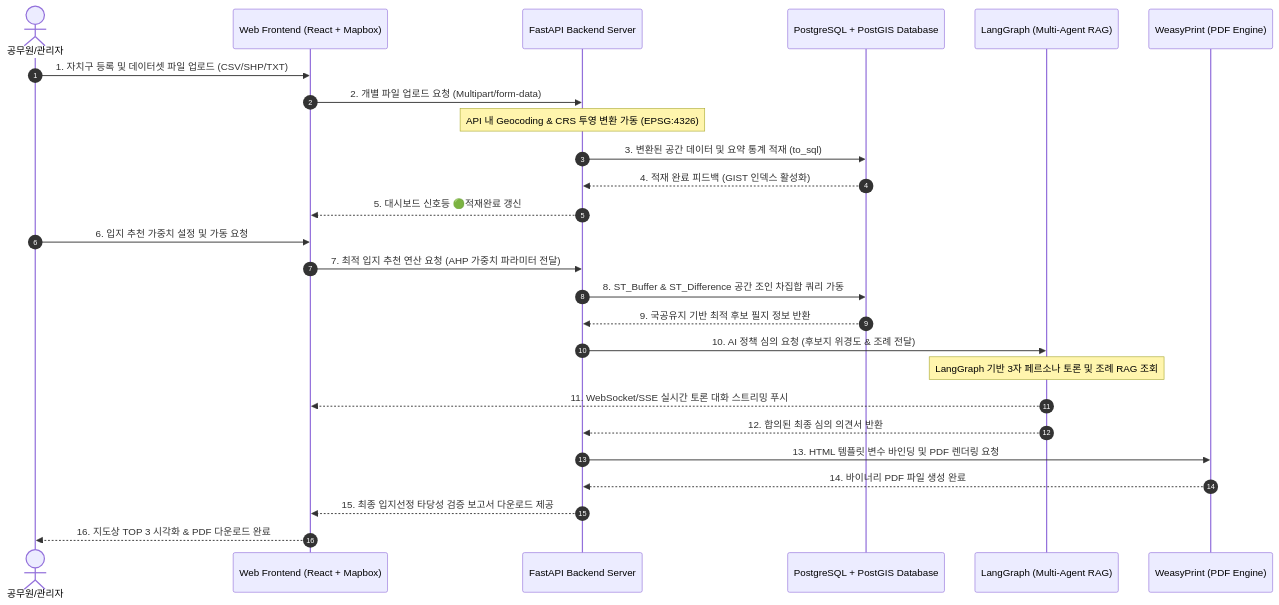
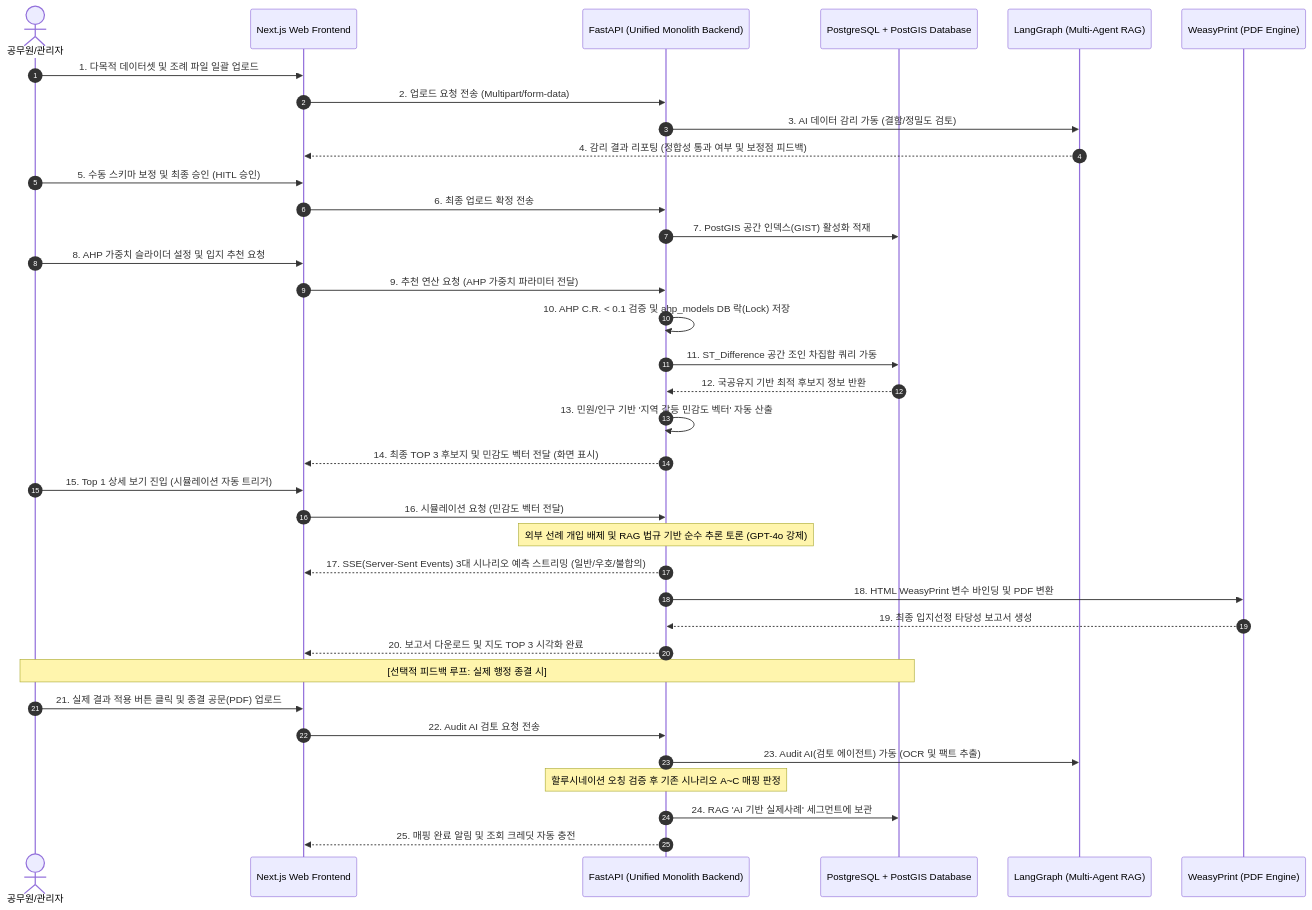
One commit to KT-AivleSchool/BigProject_Planning changed the diagram in 스마트시티_SDSS_최종기술명세서.md. Above: the diagram before and after it, drawn with Mermaid. The commit also changed other lines of this file and 9 other files, not shown here.

````diff
--- a/스마트시티_SDSS_최종기술명세서.md
+++ b/스마트시티_SDSS_최종기술명세서.md
@@ -76,29 +72,40 @@
 ```mermaid
 sequenceDiagram
     autonumber
     actor Admin as 공무원/관리자
-    participant UI as Web Frontend (React + Mapbox)
-    participant API as FastAPI Backend Server
+    participant UI as Next.js Web Frontend
+    participant API as FastAPI (Unified Monolith Backend)
     participant DB as PostgreSQL + PostGIS Database
     participant AI as LangGraph (Multi-Agent RAG)
     participant PDF as WeasyPrint (PDF Engine)
 
-    Admin->>UI: 1. 자치구 등록 및 데이터셋 파일 업로드 (CSV/SHP/TXT)
-    UI->>API: 2. 개별 파일 업로드 요청 (Multipart/form-data)
-    Note over API: API 내 Geocoding & CRS 투영 변환 가동 (EPSG:4326)
-    API->>DB: 3. 변환된 공간 데이터 및 요약 통계 적재 (to_sql)
-    DB-->>API: 4. 적재 완료 피드백 (GIST 인덱스 활성화)
-    API-->>UI: 5. 대시보드 신호등 🟢적재완료 갱신
-    Admin->>UI: 6. 입지 추천 가중치 설정 및 가동 요청
-    UI->>API: 7. 최적 입지 추천 연산 요청 (AHP 가중치 파라미터 전달)
-    API->>DB: 8. ST_Buffer & ST_Difference 공간 조인 차집합 쿼리 가동
-    DB-->>API: 9. 국공유지 기반 최적 후보 필지 정보 반환
-    API->>AI: 10. AI 정책 심의 요청 (후보지 위경도 & 조례 전달)
-    Note over AI: LangGraph 기반 3자 페르소나 토론 및 조례 RAG 조회
-    AI-->>UI: 11. WebSocket/SSE 실시간 토론 대화 스트리밍 푸시
-    AI-->>API: 12. 합의된 최종 심의 의견서 반환
-    API->>PDF: 13. HTML 템플릿 변수 바인딩 및 PDF 렌더링 요청
-    PDF-->>API: 14. 바이너리 PDF 파일 생성 완료
-    API-->>UI: 15. 최종 입지선정 타당성 검증 보고서 다운로드 제공
-    UI-->>Admin: 16. 지도상 TOP 3 시각화 & PDF 다운로드 완료
+    Admin->>UI: 1. 다목적 데이터셋 및 조례 파일 일괄 업로드
+    UI->>API: 2. 업로드 요청 전송 (Multipart/form-data)
+    API->>AI: 3. AI 데이터 감리 가동 (결함/정밀도 검토)
+    AI-->>UI: 4. 감리 결과 리포팅 (정합성 통과 여부 및 보정점 피드백)
+    Admin->>UI: 5. 수동 스키마 보정 및 최종 승인 (HITL 승인)
+    UI->>API: 6. 최종 업로드 확정 전송
+    API->>DB: 7. PostGIS 공간 인덱스(GIST) 활성화 적재
+    Admin->>UI: 8. AHP 가중치 슬라이더 설정 및 입지 추천 요청
+    UI->>API: 9. 추천 연산 요청 (AHP 가중치 파라미터 전달)
+    API->>API: 10. AHP C.R. < 0.1 검증 및 ahp_models DB 락(Lock) 저장
+    API->>DB: 11. ST_Difference 공간 조인 차집합 쿼리 가동
+    DB-->>API: 12. 국공유지 기반 최적 후보지 정보 반환
+    API->>API: 13. 민원/인구 기반 '지역 갈등 민감도 벡터' 자동 산출
+    API-->>UI: 14. 최종 TOP 3 후보지 및 민감도 벡터 전달 (화면 표시)
+    Admin->>UI: 15. Top 1 상세 보기 진입 (시뮬레이션 자동 트리거)
+    UI->>API: 16. 시뮬레이션 요청 (민감도 벡터 전달)
+    Note over API: 외부 선례 개입 배제 및 RAG 법규 기반 순수 추론 토론 (GPT-4o 강제)
+    API-->>UI: 17. SSE(Server-Sent Events) 3대 시나리오 예측 스트리밍 (일반/우호/불합의)
+    API->>PDF: 18. HTML WeasyPrint 변수 바인딩 및 PDF 변환
+    PDF-->>API: 19. 최종 입지선정 타당성 보고서 생성
+    API-->>UI: 20. 보고서 다운로드 및 지도 TOP 3 시각화 완료
+
+    Note over Admin, DB: [선택적 피드백 루프: 실제 행정 종결 시]
+    Admin->>UI: 21. 실제 결과 적용 버튼 클릭 및 종결 공문(PDF) 업로드
+    UI->>API: 22. Audit AI 검토 요청 전송
+    API->>AI: 23. Audit AI(검토 에이전트) 가동 (OCR 및 팩트 추출)
+    Note over API: 할루시네이션 오칭 검증 후 기존 시나리오 A~C 매핑 판정
+    API->>DB: 24. RAG 'AI 기반 실제사례' 세그먼트에 보관
+    API-->>UI: 25. 매핑 완료 알림 및 조회 크레딧 자동 충전
 ```
````
